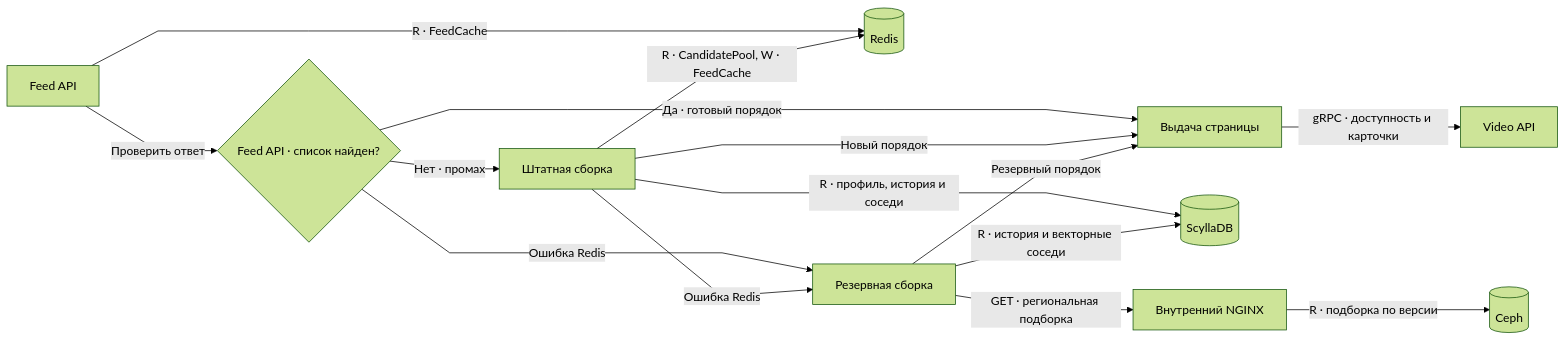
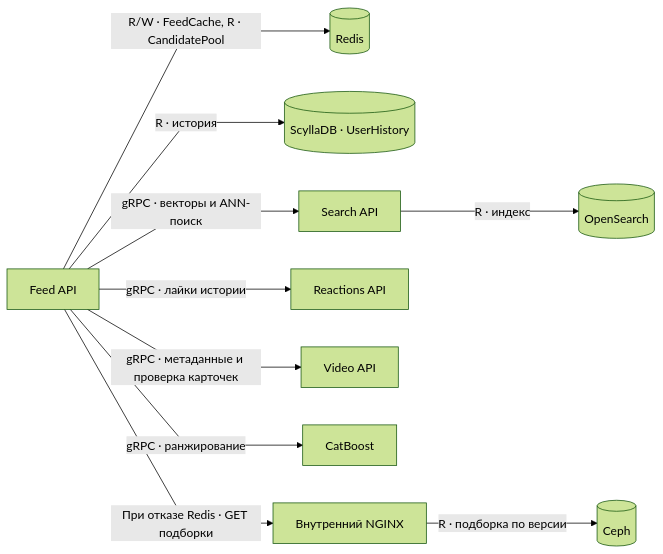
One commit to pavel-ladygin/highload_tp changed the ninth of 14 diagrams in README.md. Above: the diagram before and after it, drawn with Mermaid (forest theme). The commit also changed other lines of this file, not shown here.

````diff
--- a/README.md
+++ b/README.md
@@ -884,18 +871,13 @@
 ```mermaid
 %%{init: {"flowchart": {"curve": "linear", "rankSpacing": 32}}}%%
 flowchart LR
-    A["Feed API"] -->|"R · FeedCache"| R[("Redis")]
-    A -->|"Проверить ответ"| H{"Feed API · список найден?"}
-    H -->|"Да · готовый порядок"| P["Выдача страницы"]
-    H -->|"Нет · промах"| G["Штатная сборка"]
-    H -->|"Ошибка Redis"| B["Резервная сборка"]
-    G -->|"R · CandidatePool, W · FeedCache"| R
-    G -->|"R · профиль, история и соседи"| S[("ScyllaDB")]
-    G -->|"Ошибка Redis"| B
-    G -->|"Новый порядок"| P
-    B -->|"R · история и векторные соседи"| S
-    B -->|"GET · региональная подборка"| N["Внутренний NGINX"]
-    N -->|"R · подборка по версии"| C[("Ceph")]
-    B -->|"Резервный порядок"| P
-    P -->|"gRPC · доступность и карточки"| V["Video API"]
+    A["Feed API"] -->|"R/W · FeedCache, R · CandidatePool"| R[("Redis")]
+    A -->|"R · история"| H[("ScyllaDB · UserHistory")]
+    A -->|"gRPC · векторы и ANN-поиск"| S["Search API"]
+    S -->|"R · индекс"| O[("OpenSearch")]
+    A -->|"gRPC · лайки истории"| L["Reactions API"]
+    A -->|"gRPC · метаданные и проверка карточек"| V["Video API"]
+    A -->|"gRPC · ранжирование"| C["CatBoost"]
+    A -->|"При отказе Redis · GET подборки"| N["Внутренний NGINX"]
+    N -->|"R · подборка по версии"| B[("Ceph")]
 ```
````
